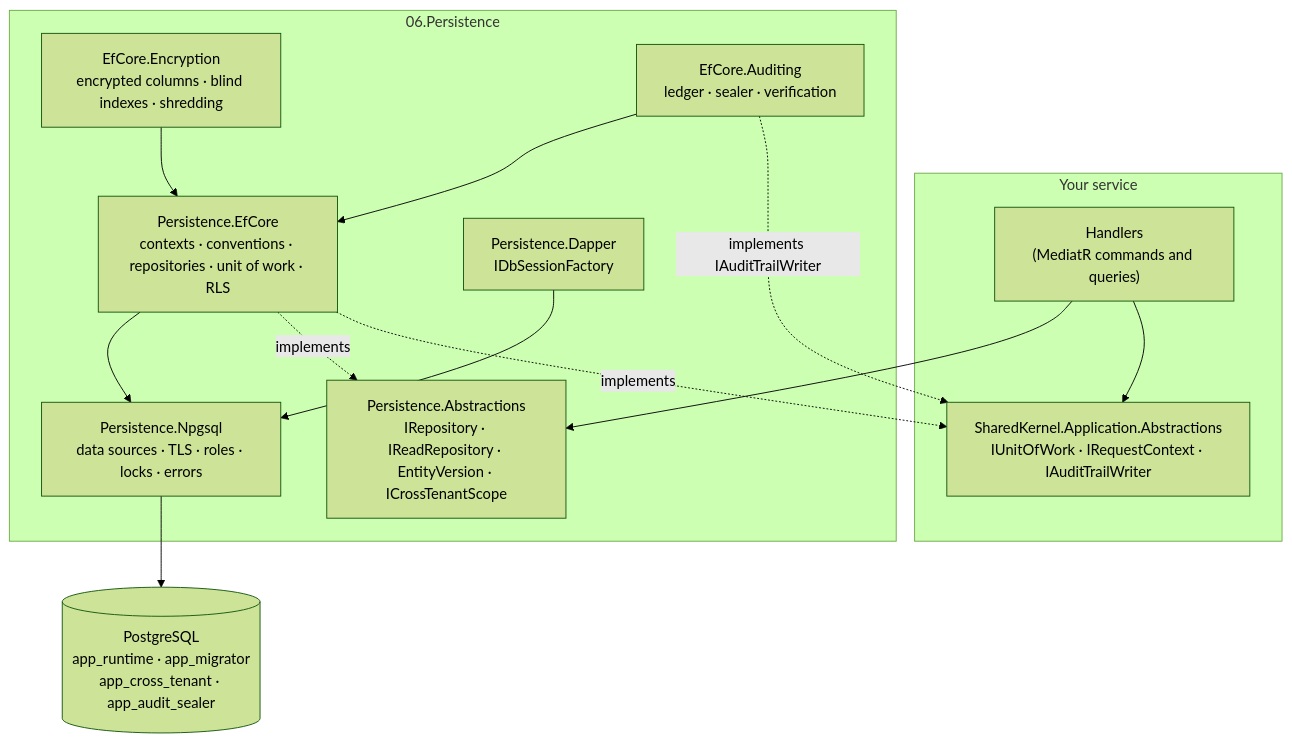
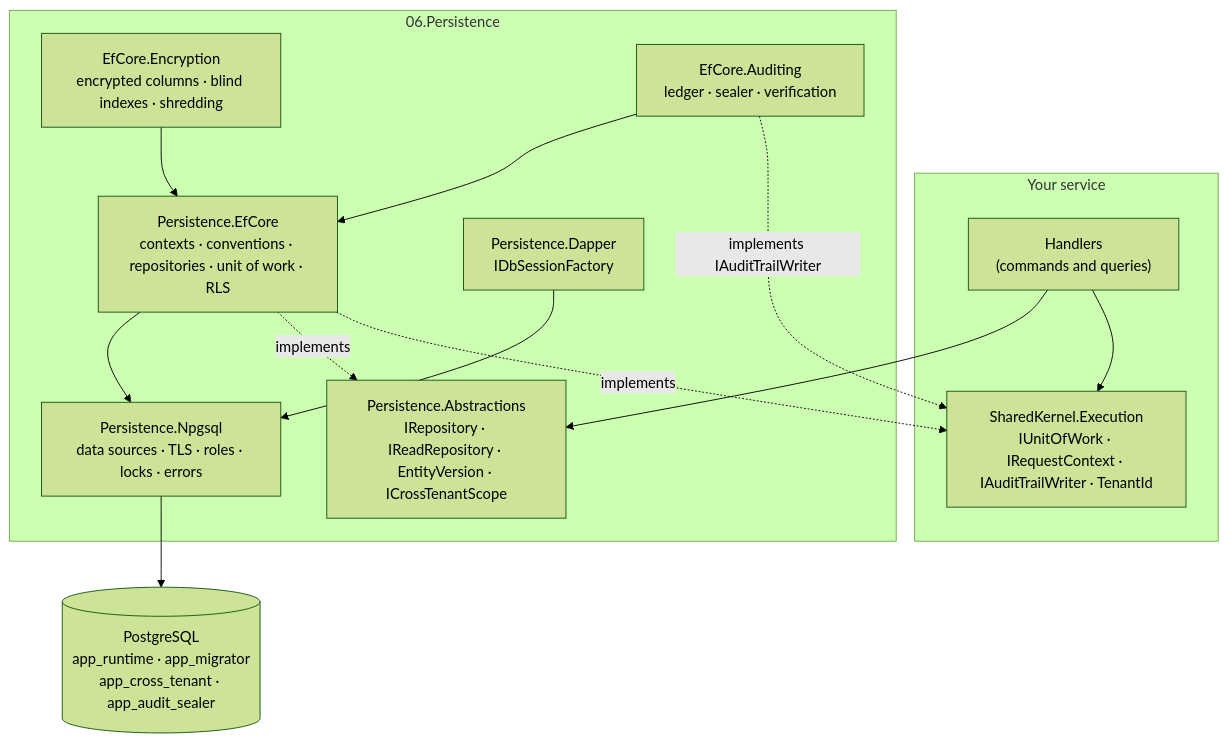
The first of 3 diagrams in 06.Persistence/README.md (Gresta-Vertex-Labs/platform-shared-kernel), drawn with Mermaid (forest theme) before and after one commit. The commit also changed other lines of this file and 167 other files, not shown here.

````diff
--- a/06.Persistence/README.md
+++ b/06.Persistence/README.md
@@ -68,29 +68,29 @@
 ```mermaid
 flowchart TB
     subgraph app["Your service"]
-        H["Handlers<br/>(MediatR commands and queries)"]
-        APP["SharedKernel.Application.Abstractions<br/>IUnitOfWork · IRequestContext · IAuditTrailWriter"]
+        H["Handlers<br/>(commands and queries)"]
+        APP["SharedKernel.Execution<br/>IUnitOfWork · IRequestContext · IAuditTrailWriter · TenantId"]
     end
 
     subgraph persistence["06.Persistence"]
         ABS["Persistence.Abstractions<br/>IRepository · IReadRepository · EntityVersion · ICrossTenantScope"]
         EF["Persistence.EfCore<br/>contexts · conventions · repositories · unit of work · RLS"]
         ENC["EfCore.Encryption<br/>encrypted columns · blind indexes · shredding"]
         AUD["EfCore.Auditing<br/>ledger · sealer · verification"]
         DAP["Persistence.Dapper<br/>IDbSessionFactory"]
         NPG["Persistence.Npgsql<br/>data sources · TLS · roles · locks · errors"]
     end
 
     PG[("PostgreSQL<br/>app_runtime · app_migrator<br/>app_cross_tenant · app_audit_sealer")]
 
     H --> APP
     H --> ABS
     EF -. implements .-> APP
     EF -. implements .-> ABS
     AUD -. implements IAuditTrailWriter .-> APP
     ENC --> EF
     AUD --> EF
     EF --> NPG
     DAP --> NPG
     NPG --> PG
 ```
````
